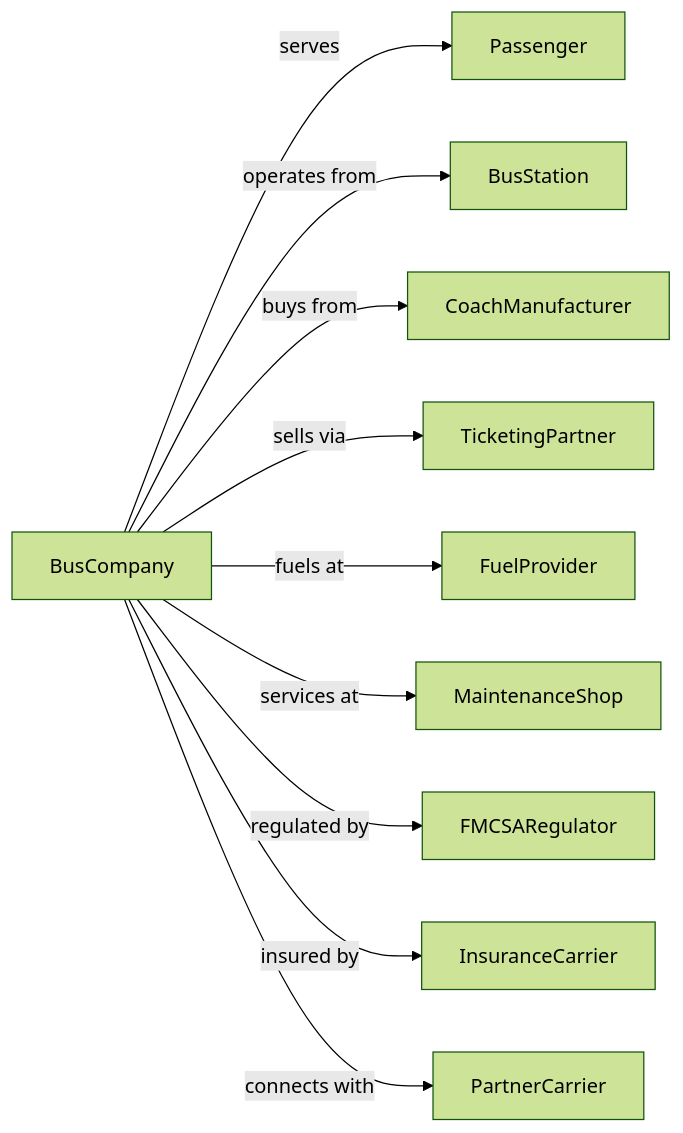
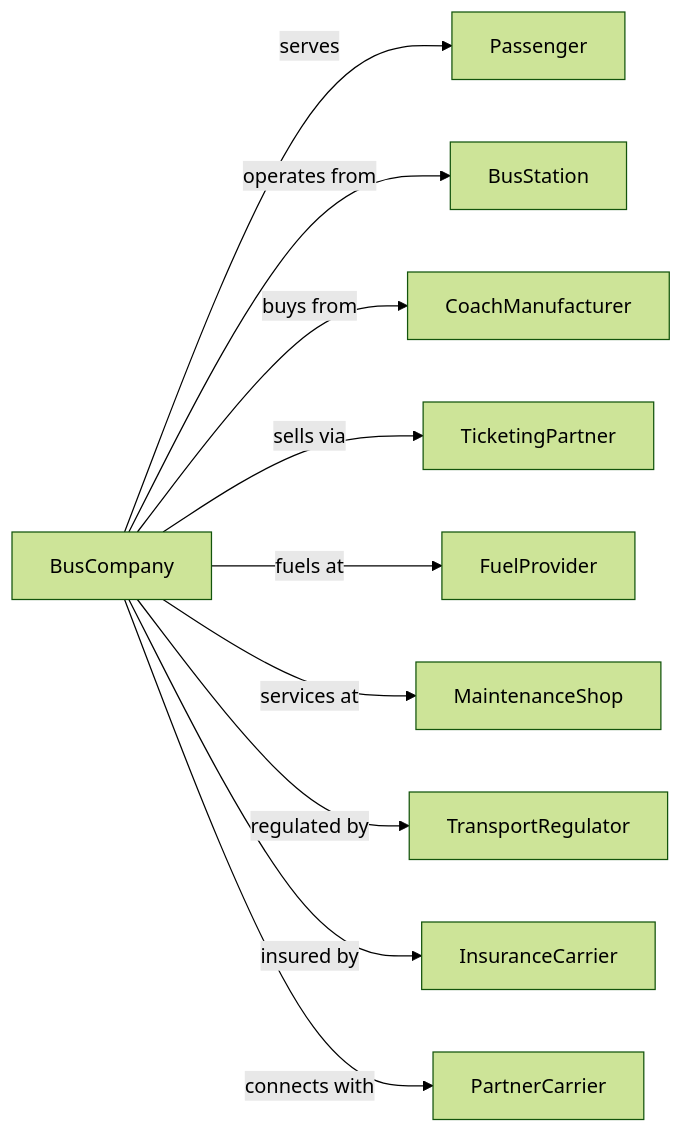
The second of 2 diagrams in Transportation/TransitAndGroundPassengerTransportation/InterurbanAndRuralBusTransportation/InterurbanAndRuralBusTransportation.mdx (dot-org-ai/industries.org.ai), drawn with Mermaid (forest theme) before and after one commit. The commit also changed other lines of this file and 639 other files, not shown here.

````diff
--- a/Transportation/TransitAndGroundPassengerTransportation/InterurbanAndRuralBusTransportation/InterurbanAndRuralBusTransportation.mdx
+++ b/Transportation/TransitAndGroundPassengerTransportation/InterurbanAndRuralBusTransportation/InterurbanAndRuralBusTransportation.mdx
@@ -134,14 +134,14 @@
 ```mermaid
 graph LR
     B[BusCompany]
 
     B -->|serves| Passenger
     B -->|operates from| BusStation
     B -->|buys from| CoachManufacturer
     B -->|sells via| TicketingPartner
     B -->|fuels at| FuelProvider
     B -->|services at| MaintenanceShop
-    B -->|regulated by| FMCSARegulator
+    B -->|regulated by| TransportRegulator
     B -->|insured by| InsuranceCarrier
     B -->|connects with| PartnerCarrier
 ```
````
